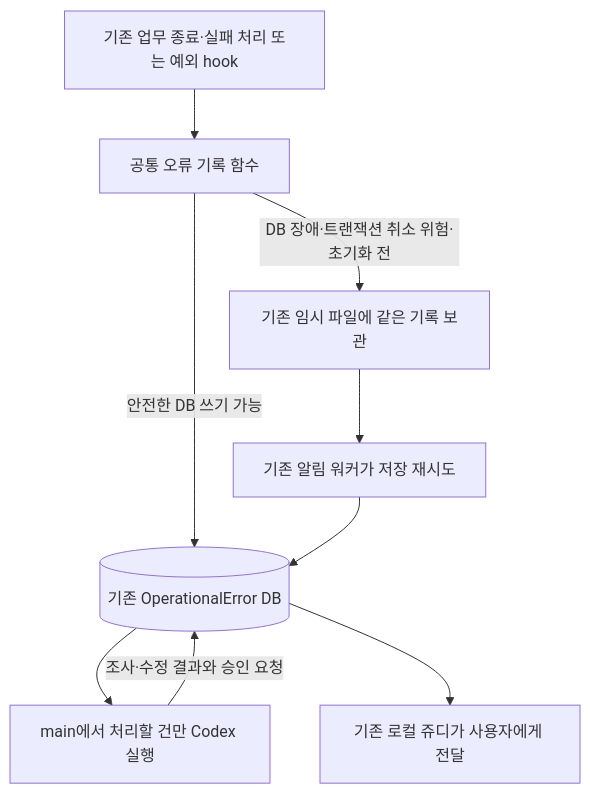
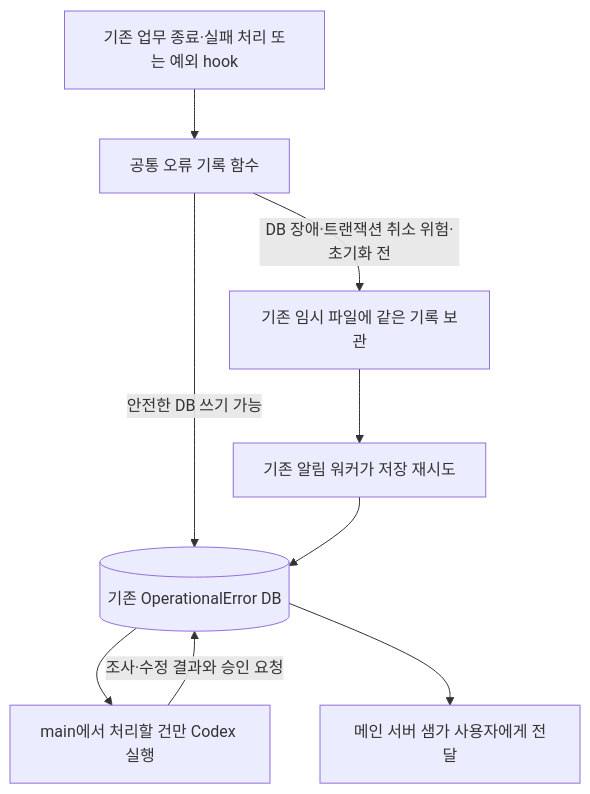
One commit to chaconne67/controlroom changed the diagram in exdigm/docs/operational-error-triage-repair-policy-20260918.md. Above: the diagram before and after it, drawn with Mermaid. The commit also changed other lines of this file and 10 other files, not shown here.

````diff
--- a/exdigm/docs/operational-error-triage-repair-policy-20260918.md
+++ b/exdigm/docs/operational-error-triage-repair-policy-20260918.md
@@ -30,11 +30,11 @@
 ```mermaid
 flowchart TD
     A[기존 업무 종료·실패 처리 또는 예외 hook] --> B[공통 오류 기록 함수]
     B -->|안전한 DB 쓰기 가능| D[(기존 OperationalError DB)]
     B -->|DB 장애·트랜잭션 취소 위험·초기화 전| C[기존 임시 파일에 같은 기록 보관]
     C --> E[기존 알림 워커가 저장 재시도]
     E --> D
     D --> F[main에서 처리할 건만 Codex 실행]
     F -->|조사·수정 결과와 승인 요청| D
-    D --> G[기존 로컬 쥬디가 사용자에게 전달]
+    D --> G[메인 서버 샘가 사용자에게 전달]
 ```
````
